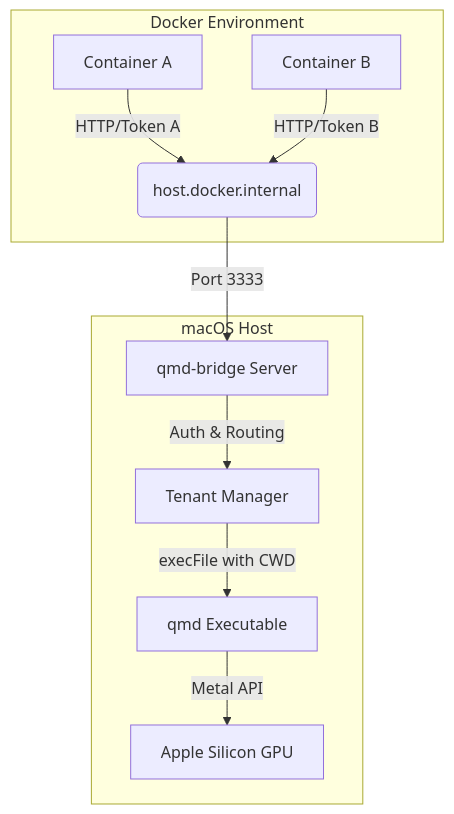
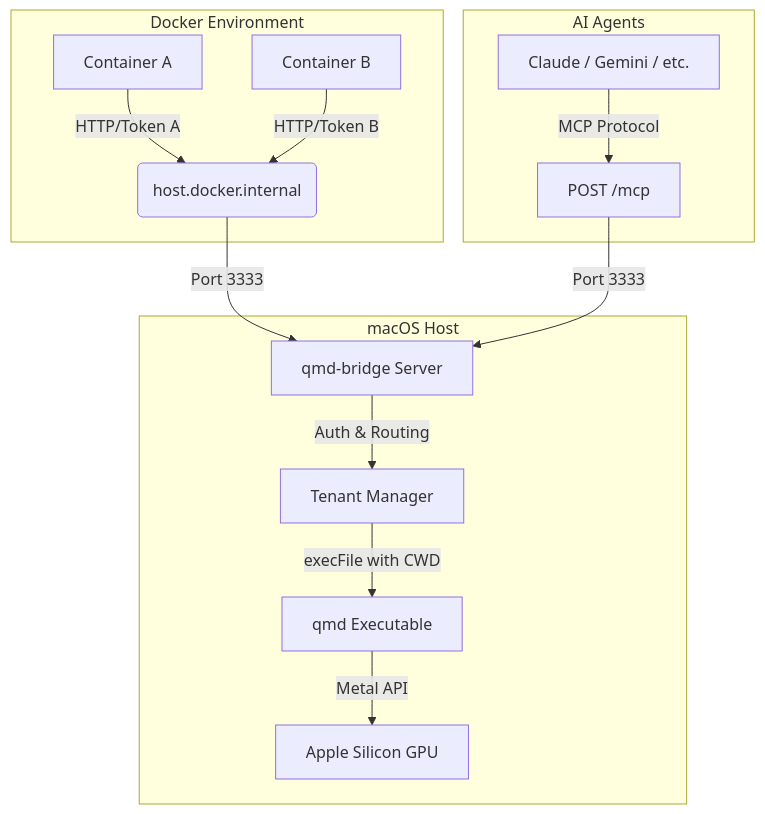
The diagram in README.md (s950329/qmd-bridge), drawn with Mermaid before and after one commit. The commit also changed other lines of this file and 10 other files, not shown here.

````diff
--- a/README.md
+++ b/README.md
@@ -45,14 +45,19 @@
 ```mermaid
 graph TD
     subgraph Docker_Environment [Docker Environment]
         C1[Container A] -- HTTP/Token A --> G(host.docker.internal)
         C2[Container B] -- HTTP/Token B --> G
     end
 
+    subgraph AI_Agents [AI Agents]
+        A1[Claude / Gemini / etc.] -- MCP Protocol --> MCP_EP
+    end
+
     subgraph macOS_Host [macOS Host]
         G -->|Port 3333| S[qmd-bridge Server]
+        MCP_EP["POST /mcp"] -->|Port 3333| S
         S -->|Auth & Routing| H[Tenant Manager]
         H -->|execFile with CWD| E[qmd Executable]
         E -->|Metal API| GPU[Apple Silicon GPU]
     end
 ```
````
